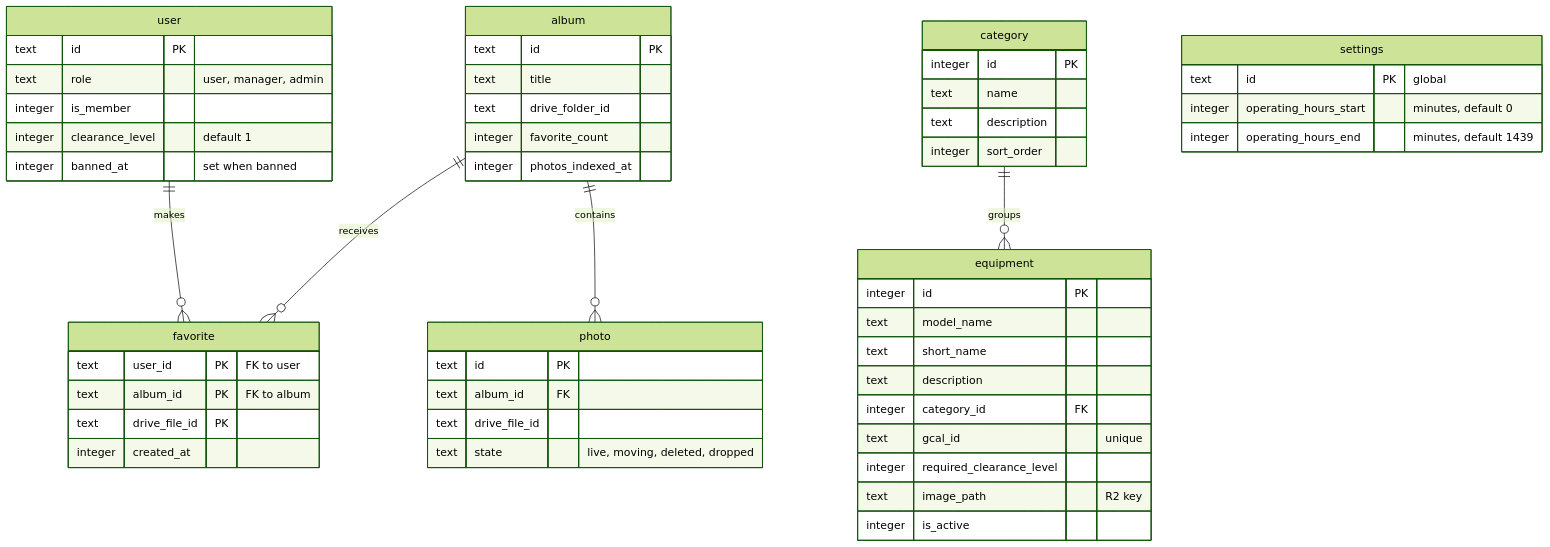
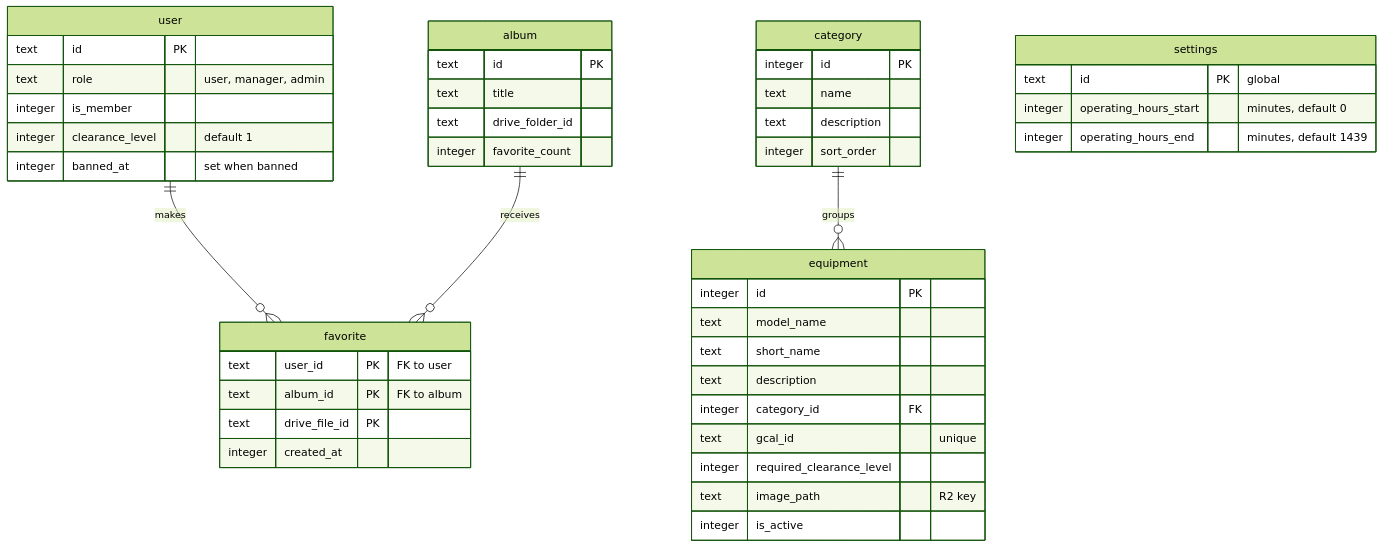
One commit to sagyzdop/meriksirat changed the diagram in docs/scenarios/equipment/erd.md. Above: the diagram before and after it, drawn with Mermaid (forest theme). The commit also changed other lines of this file and 45 other files, not shown here.

````diff
--- a/docs/scenarios/equipment/erd.md
+++ b/docs/scenarios/equipment/erd.md
@@ -26,55 +26,47 @@
 ```mermaid
 erDiagram
     user ||--o{ favorite : makes
     album ||--o{ favorite : receives
-    album ||--o{ photo : contains
     category ||--o{ equipment : groups
     user {
         text id PK
         text role "user, manager, admin"
         integer is_member
         integer clearance_level "default 1"
         integer banned_at "set when banned"
     }
     category {
         integer id PK
         text name
         text description
         integer sort_order
     }
     equipment {
         integer id PK
         text model_name
         text short_name
         text description
         integer category_id FK
         text gcal_id "unique"
         integer required_clearance_level
         text image_path "R2 key"
         integer is_active
     }
     settings {
         text id PK "global"
         integer operating_hours_start "minutes, default 0"
         integer operating_hours_end "minutes, default 1439"
     }
     album {
         text id PK
         text title
         text drive_folder_id
         integer favorite_count
-        integer photos_indexed_at
-    }
-    photo {
-        text id PK
-        text album_id FK
-        text drive_file_id
-        text state "live, moving, deleted, dropped"
     }
     favorite {
         text user_id PK "FK to user"
         text album_id PK "FK to album"
         text drive_file_id PK
         integer created_at
     }
 ```
````
